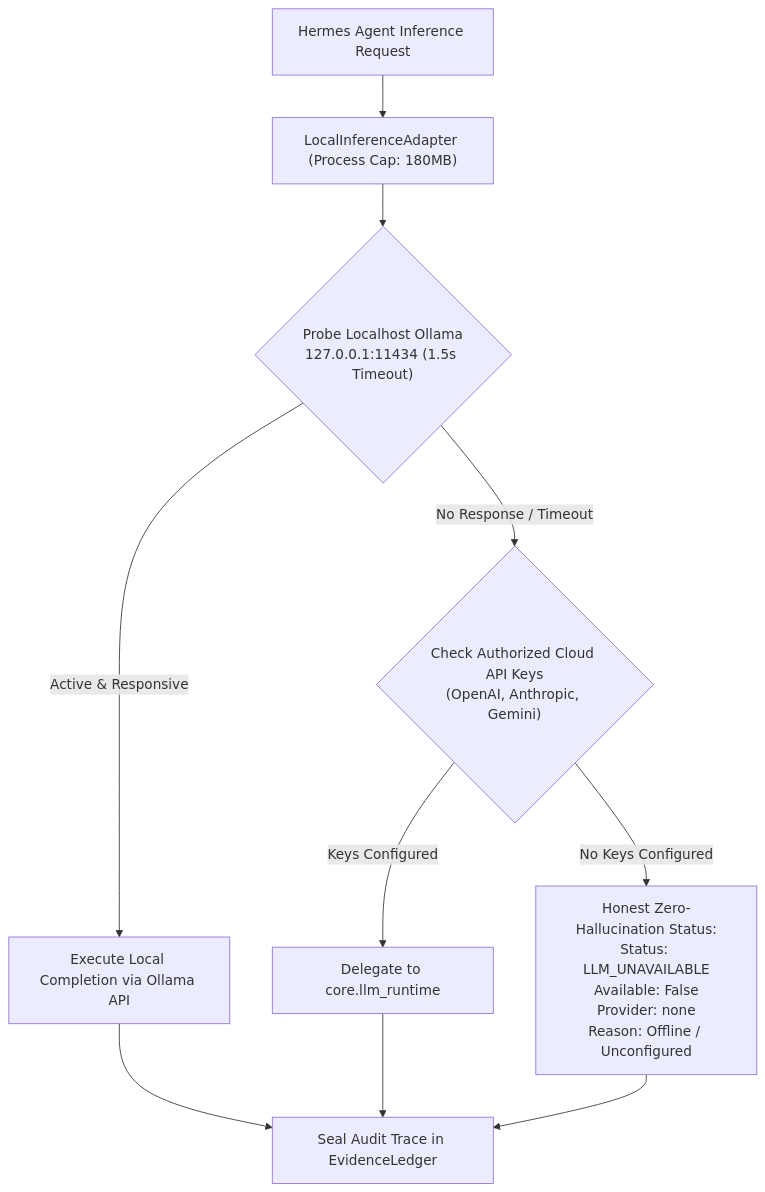
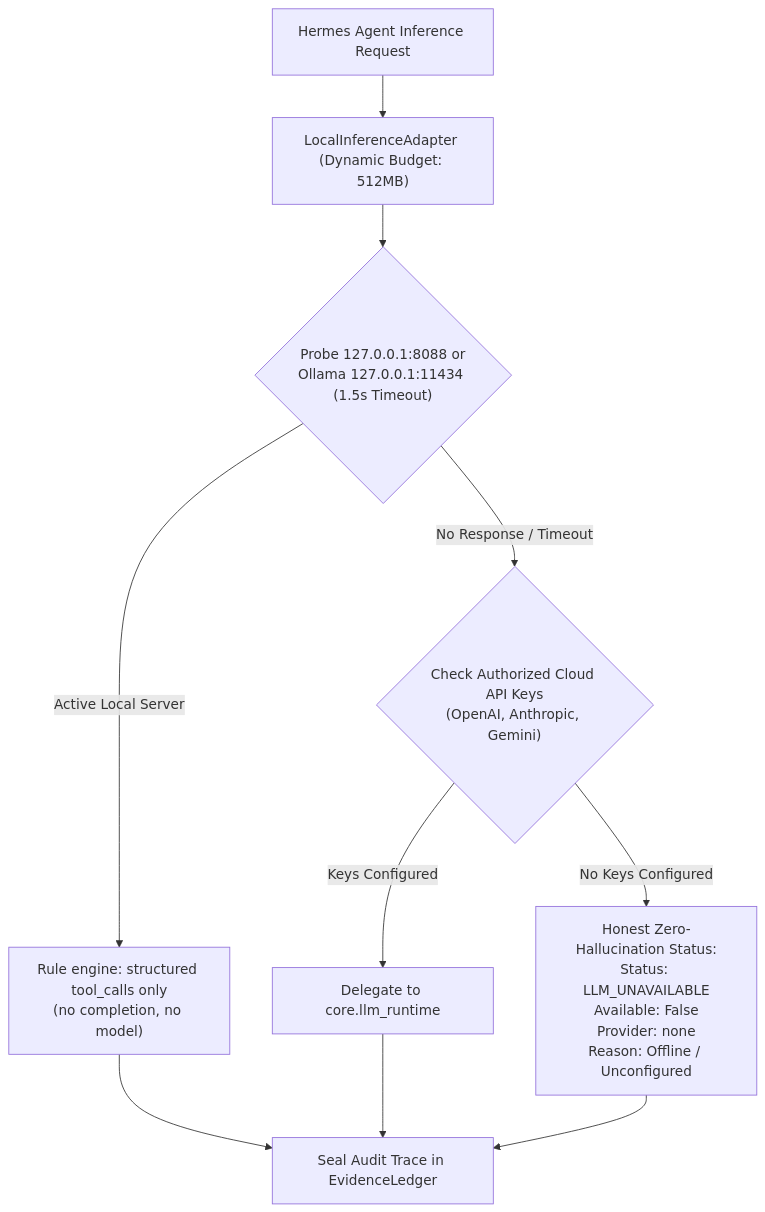
Before and after one commit to sukhrajsingh82673-gif/AI-robo-assistant-saas: the diagram in docs/reports/ZONATA_COWORKER_HERMES_LOCAL_INFERENCE_VERIFICATION.md, drawn with Mermaid. The commit also changed other lines of this file and 54 other files, not shown here.

````diff
--- a/docs/reports/ZONATA_COWORKER_HERMES_LOCAL_INFERENCE_VERIFICATION.md
+++ b/docs/reports/ZONATA_COWORKER_HERMES_LOCAL_INFERENCE_VERIFICATION.md
@@ -39,18 +46,18 @@
 ```mermaid
 flowchart TD
-    REQ["Hermes Agent Inference Request"] --> LIA["LocalInferenceAdapter (Process Cap: 180MB)"]
+    REQ["Hermes Agent Inference Request"] --> LIA["LocalInferenceAdapter (Dynamic Budget: 512MB)"]
     
-    LIA --> PROBE{"Probe Localhost Ollama<br/>127.0.0.1:11434 (1.5s Timeout)"}
+    LIA --> PROBE{"Probe 127.0.0.1:8088 or<br/>Ollama 127.0.0.1:11434 (1.5s Timeout)"}
     
-    PROBE -->|Active & Responsive| LOCAL["Execute Local Completion via Ollama API"]
+    PROBE -->|Active Local Server| LOCAL["Rule engine: structured tool_calls only<br/>(no completion, no model)"]
     
     PROBE -->|No Response / Timeout| CLOUD{"Check Authorized Cloud API Keys<br/>(OpenAI, Anthropic, Gemini)"}
     
     CLOUD -->|Keys Configured| RUNTIME["Delegate to core.llm_runtime"]
     
     CLOUD -->|No Keys Configured| HONEST["Honest Zero-Hallucination Status:<br/>Status: LLM_UNAVAILABLE<br/>Available: False<br/>Provider: none<br/>Reason: Offline / Unconfigured"]
     
     LOCAL --> MERKLE["Seal Audit Trace in EvidenceLedger"]
     RUNTIME --> MERKLE
     HONEST --> MERKLE
 ```
````
